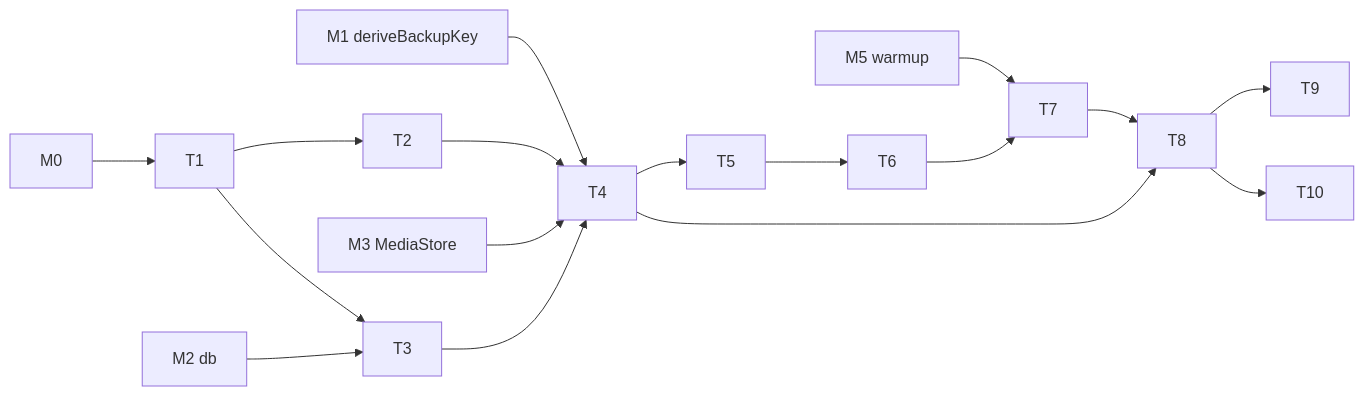
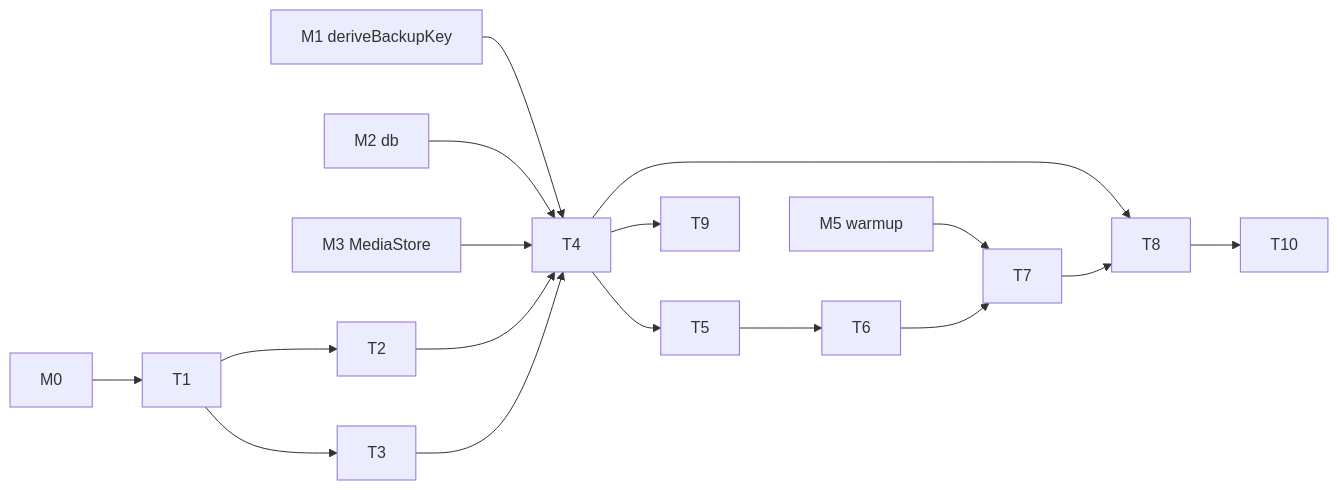
The diagram in specs/active/backup-full-snapshot/tasks.md (cr1992/DayZ), drawn with Mermaid before and after one commit. The commit also changed other lines of this file and 29 other files, not shown here.

````diff
--- a/specs/active/backup-full-snapshot/tasks.md
+++ b/specs/active/backup-full-snapshot/tasks.md
@@ -12,19 +12,19 @@
 ```mermaid
 graph LR
   M0[M0] --> T1
   M1[M1 deriveBackupKey] --> T4
-  M2[M2 db] --> T3
+  M2[M2 db] --> T4
   M3[M3 MediaStore] --> T4
   M5[M5 warmup] --> T7
   T1 --> T2
   T1 --> T3
   T2 --> T4
   T3 --> T4
   T4 --> T5
   T5 --> T6
   T6 --> T7
   T4 --> T8
   T7 --> T8
-  T8 --> T9
+  T4 --> T9
   T8 --> T10
 ```
````
